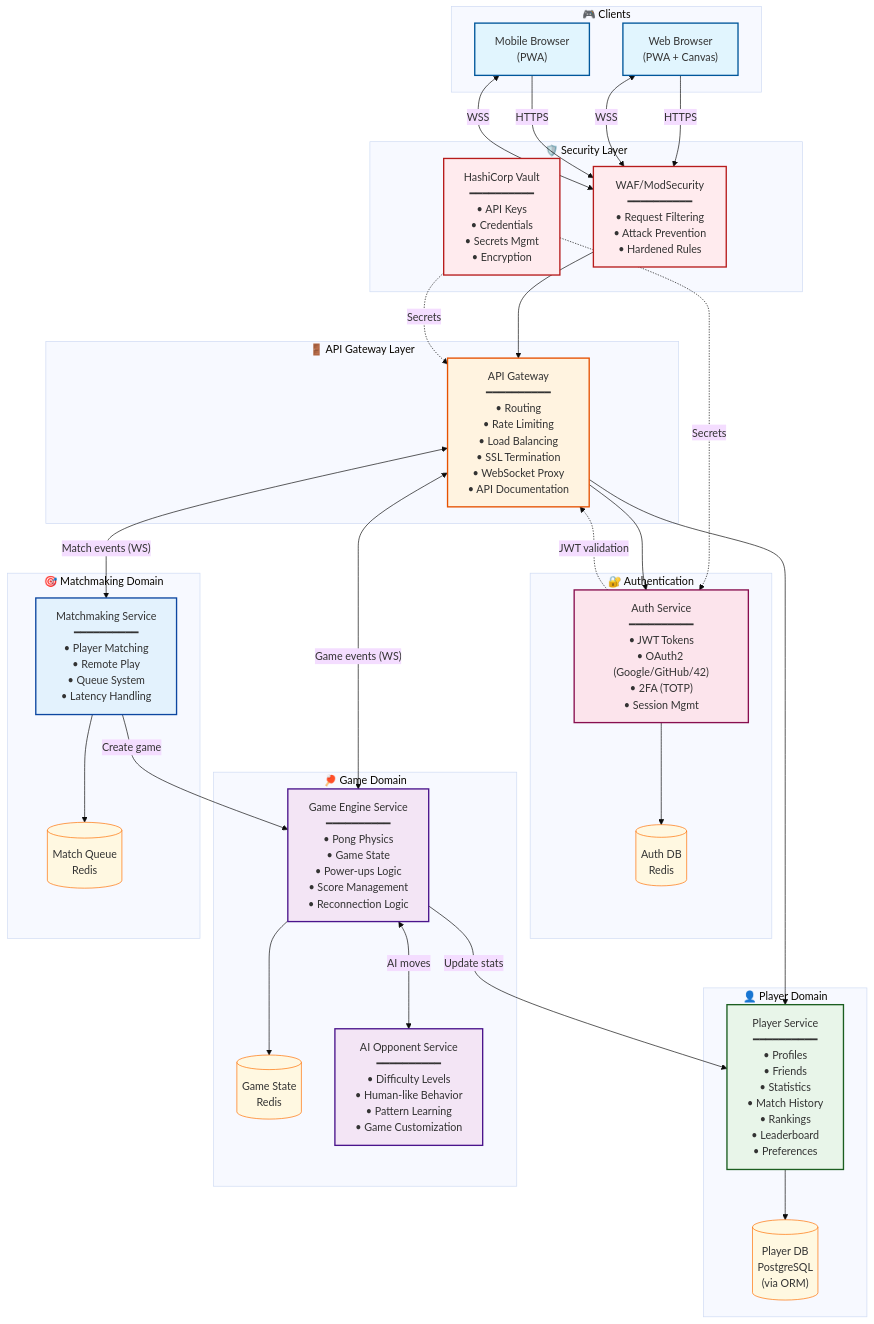
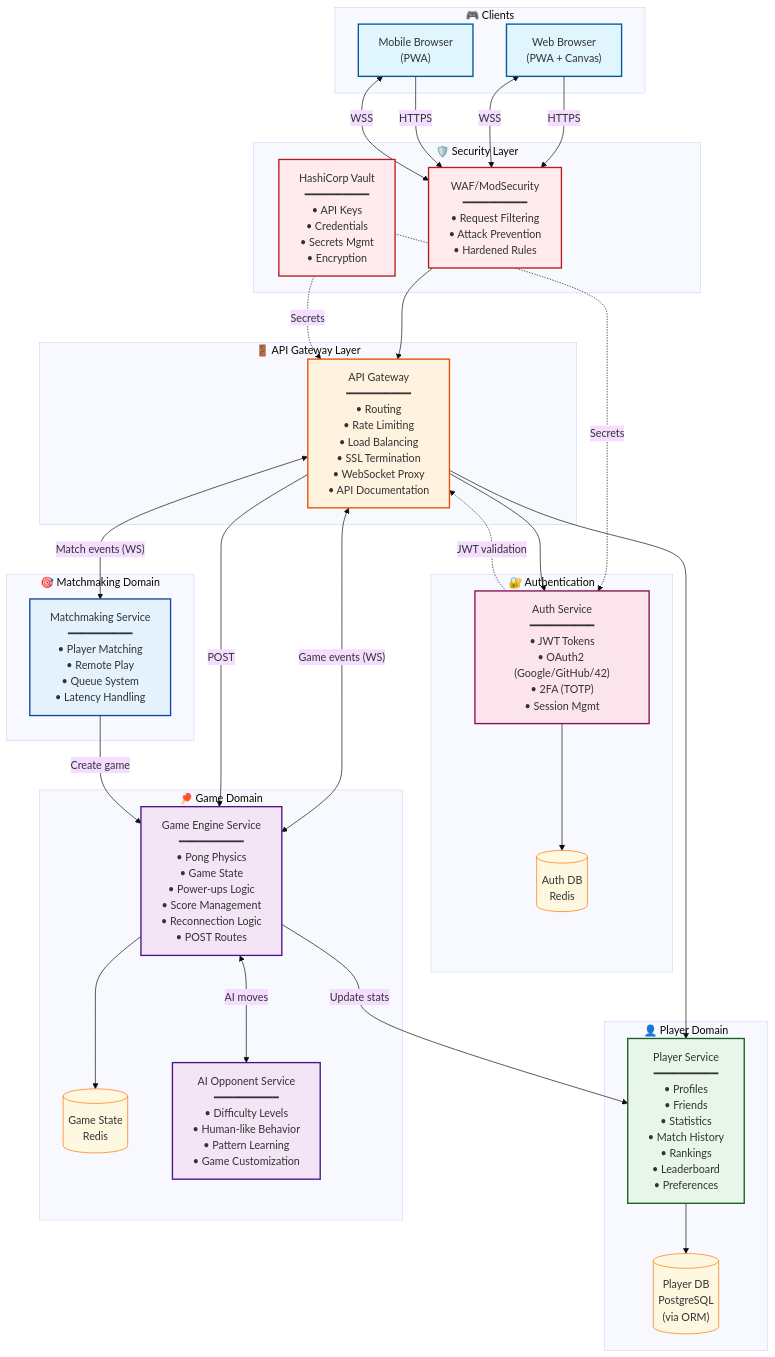
One commit to Eveline-Lim/transcendence changed the diagram in docs/architectures/global-view.md. Above: the diagram before and after it, drawn with Mermaid (base theme).

Commit message:
feat: update Game Engine service details and remove Match DB from architecture diagram

````diff
--- a/docs/architectures/global-view.md
+++ b/docs/architectures/global-view.md
@@ -1,77 +1,75 @@
 ```mermaid
 ---
 config:
   layout: dagre
 ---
 flowchart TB
  subgraph Clients["🎮 Clients"]
         Browser["Web Browser<br>(PWA + Canvas)"]
         Mobile["Mobile Browser<br>(PWA)"]
   end
  subgraph Security["🛡️ Security Layer"]
         WAF["WAF/ModSecurity<br>━━━━━━━━━━<br>• Request Filtering<br>• Attack Prevention<br>• Hardened Rules"]
         Vault["HashiCorp Vault<br>━━━━━━━━━━<br>• API Keys<br>• Credentials<br>• Secrets Mgmt<br>• Encryption"]
   end
  subgraph Gateway["🚪 API Gateway Layer"]
         APIGW["API Gateway<br>━━━━━━━━━━<br>• Routing<br>• Rate Limiting<br>• Load Balancing<br>• SSL Termination<br>• WebSocket Proxy<br>• API Documentation"]
   end
  subgraph Auth["🔐 Authentication"]
         AuthService["Auth Service<br>━━━━━━━━━━<br>• JWT Tokens<br>• OAuth2 (Google/GitHub/42)<br>• 2FA (TOTP)<br>• Session Mgmt"]
         AuthDB[("Auth DB<br>Redis")]
   end
  subgraph PlayerDomain["👤 Player Domain"]
         PlayerService["Player Service<br>━━━━━━━━━━<br>• Profiles<br>• Friends<br>• Statistics<br>• Match History<br>• Rankings<br>• Leaderboard<br>• Preferences"]
         PlayerDB[("Player DB<br>PostgreSQL<br>(via ORM)")]
   end
  subgraph GameDomain["🏓 Game Domain"]
-        GameEngine["Game Engine Service<br>━━━━━━━━━━<br>• Pong Physics<br>• Game State<br>• Power-ups Logic<br>• Score Management<br>• Reconnection Logic"]
+        GameEngine["Game Engine Service<br>━━━━━━━━━━<br>• Pong Physics<br>• Game State<br>• Power-ups Logic<br>• Score Management<br>• Reconnection Logic<br>• POST Routes"]
         GameState[("Game State<br>Redis")]
         AIService["AI Opponent Service<br>━━━━━━━━━━<br>• Difficulty Levels<br>• Human-like Behavior<br>• Pattern Learning<br>• Game Customization"]
   end
  subgraph MatchDomain["🎯 Matchmaking Domain"]
         MatchService["Matchmaking Service<br>━━━━━━━━━━<br>• Player Matching<br>• Remote Play<br>• Queue System<br>• Latency Handling"]
-        MatchDB[("Match Queue<br>Redis")]
   end
     Browser -- HTTPS --> WAF
     Browser <-- WSS --> WAF
     Mobile -- HTTPS --> WAF
     Mobile <-- WSS --> WAF
     WAF --> APIGW
     Vault -. Secrets .-> AuthService & APIGW
     APIGW --> AuthService & PlayerService
     APIGW <-- Game events (WS) --> GameEngine
+    APIGW -- POST --> GameEngine
     APIGW <-- Match events (WS) --> MatchService
     AuthService --> AuthDB
     AuthService -. JWT validation .-> APIGW
     PlayerService --> PlayerDB
     GameEngine --> GameState
     GameEngine -- Update stats --> PlayerService
     GameEngine <-- AI moves --> AIService
-    MatchService --> MatchDB
     MatchService -- Create game --> GameEngine
 
      Browser:::client
      Mobile:::client
      WAF:::security
      Vault:::security
      APIGW:::gateway
      AuthService:::auth
      AuthDB:::db
      PlayerService:::player
      PlayerDB:::db
      GameEngine:::game
      GameState:::db
      AIService:::game
      MatchService:::match
-     MatchDB:::db
     classDef client fill:#e1f5fe,stroke:#01579b,stroke-width:2px
     classDef security fill:#ffebee,stroke:#b71c1c,stroke-width:2px
     classDef gateway fill:#fff3e0,stroke:#e65100,stroke-width:2px
     classDef auth fill:#fce4ec,stroke:#880e4f,stroke-width:2px
     classDef player fill:#e8f5e9,stroke:#1b5e20,stroke-width:2px
     classDef chat fill:#e0f7fa,stroke:#006064,stroke-width:2px
     classDef game fill:#f3e5f5,stroke:#4a148c,stroke-width:2px
     classDef match fill:#e3f2fd,stroke:#0d47a1,stroke-width:2px
     classDef monitoring fill:#fff9c4,stroke:#f57f17,stroke-width:2px
     classDef db fill:#fff8e1,stroke:#ff6f00,stroke-width:1px
 ```
````
